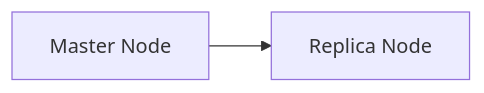
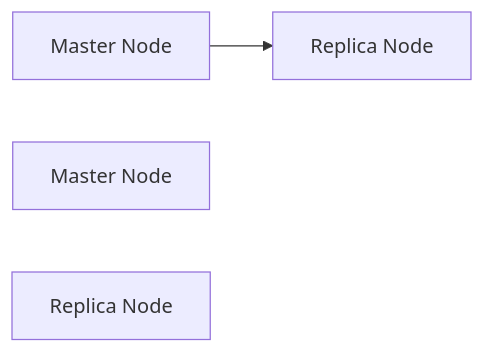
The diagram in rocky9/app/mysql/ansible_install/readme.md (QubitSecurity/howto), drawn with Mermaid before and after one commit.

````diff
--- a/rocky9/app/mysql/ansible_install/readme.md
+++ b/rocky9/app/mysql/ansible_install/readme.md
@@ -31,8 +31,11 @@
 ```mermaid
 graph LR
         Master1[Master Node]
         Replica1[Replica Node]
 
+        Master2[Master Node]
+        Replica2[Replica Node]
+
     Master1 --> Replica1
 
 ```
````
